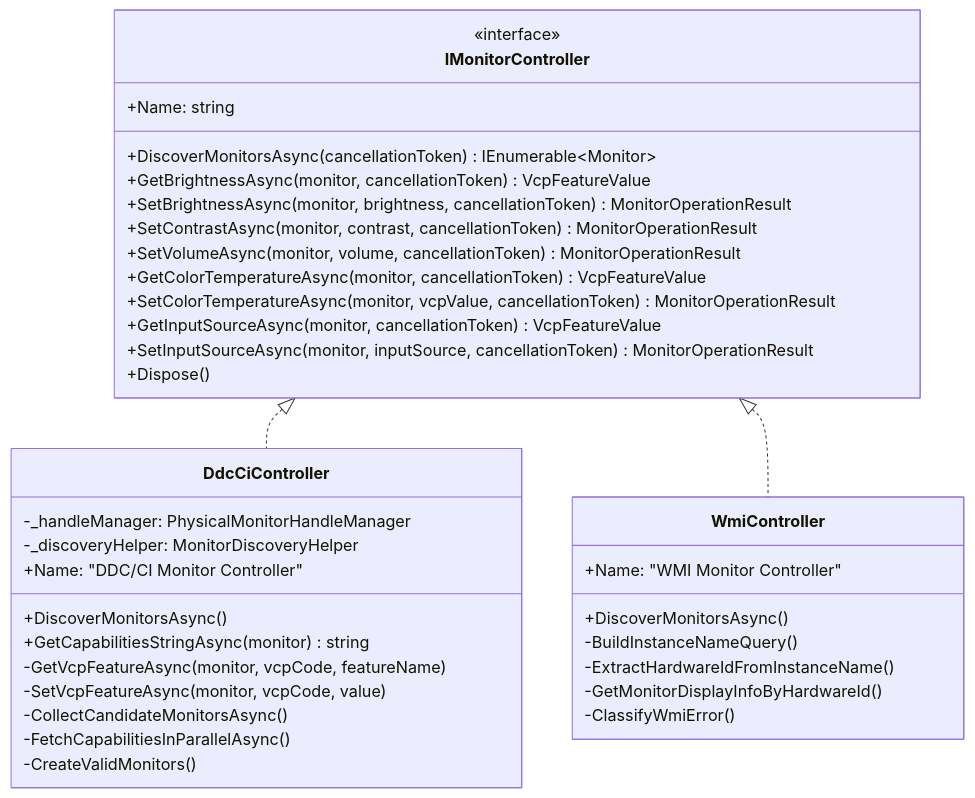
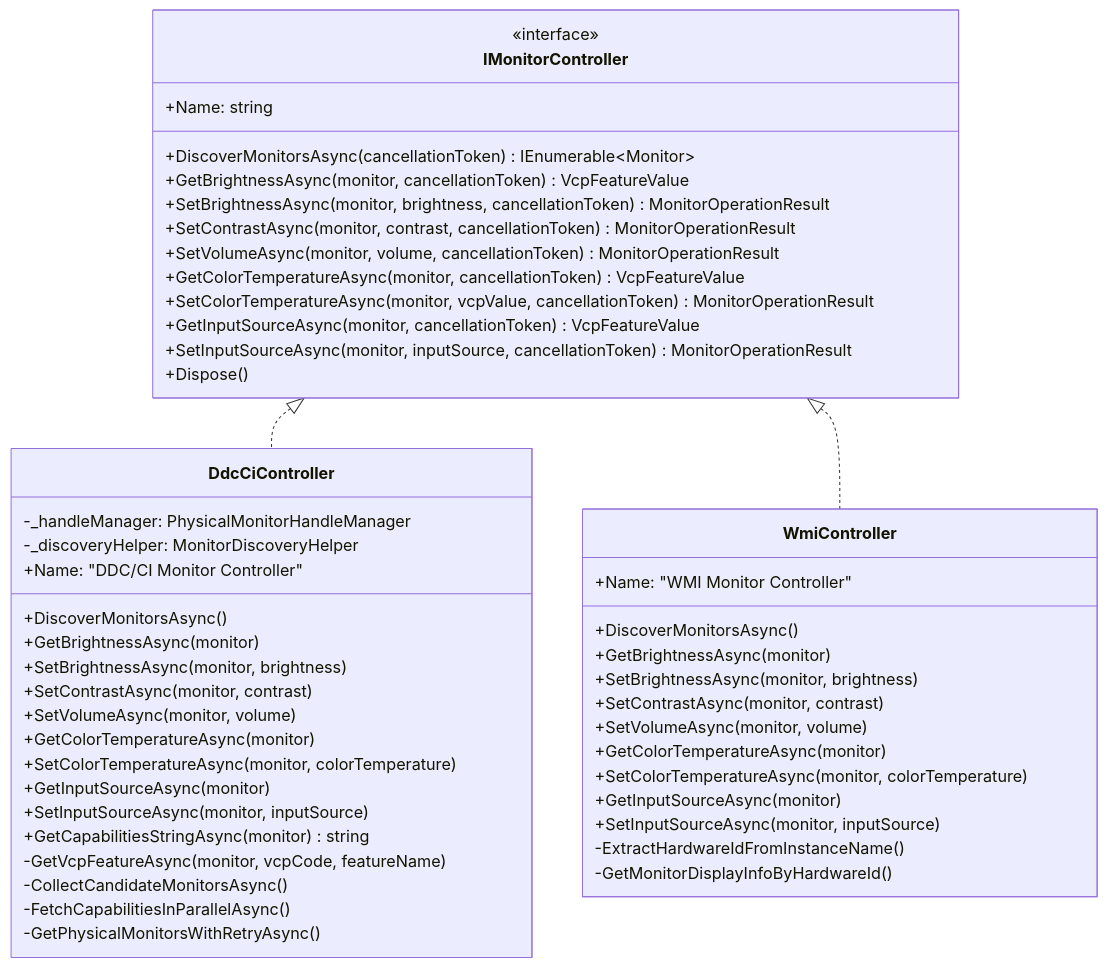
Before and after one commit to microsoft/PowerToys: the fourth of 17 diagrams in doc/devdocs/modules/powerdisplay/design.md, drawn with Mermaid. The commit also changed other lines of this file, not shown here.

First line of the commit message:
Refactor PowerDisplay design: VCP, windowing, class updates

````diff
--- a/doc/devdocs/modules/powerdisplay/design.md
+++ b/doc/devdocs/modules/powerdisplay/design.md
@@ -472,42 +470,55 @@
 ```mermaid
 classDiagram
     class IMonitorController {
         <<interface>>
         +Name: string
         +DiscoverMonitorsAsync(cancellationToken) IEnumerable~Monitor~
         +GetBrightnessAsync(monitor, cancellationToken) VcpFeatureValue
         +SetBrightnessAsync(monitor, brightness, cancellationToken) MonitorOperationResult
         +SetContrastAsync(monitor, contrast, cancellationToken) MonitorOperationResult
         +SetVolumeAsync(monitor, volume, cancellationToken) MonitorOperationResult
         +GetColorTemperatureAsync(monitor, cancellationToken) VcpFeatureValue
         +SetColorTemperatureAsync(monitor, vcpValue, cancellationToken) MonitorOperationResult
         +GetInputSourceAsync(monitor, cancellationToken) VcpFeatureValue
         +SetInputSourceAsync(monitor, inputSource, cancellationToken) MonitorOperationResult
         +Dispose()
     }
 
     class DdcCiController {
         -_handleManager: PhysicalMonitorHandleManager
         -_discoveryHelper: MonitorDiscoveryHelper
         +Name: "DDC/CI Monitor Controller"
         +DiscoverMonitorsAsync()
+        +GetBrightnessAsync(monitor)
+        +SetBrightnessAsync(monitor, brightness)
+        +SetContrastAsync(monitor, contrast)
+        +SetVolumeAsync(monitor, volume)
+        +GetColorTemperatureAsync(monitor)
+        +SetColorTemperatureAsync(monitor, colorTemperature)
+        +GetInputSourceAsync(monitor)
+        +SetInputSourceAsync(monitor, inputSource)
         +GetCapabilitiesStringAsync(monitor) string
         -GetVcpFeatureAsync(monitor, vcpCode, featureName)
-        -SetVcpFeatureAsync(monitor, vcpCode, value)
         -CollectCandidateMonitorsAsync()
         -FetchCapabilitiesInParallelAsync()
-        -CreateValidMonitors()
+        -GetPhysicalMonitorsWithRetryAsync()
     }
 
     class WmiController {
         +Name: "WMI Monitor Controller"
         +DiscoverMonitorsAsync()
-        -BuildInstanceNameQuery()
+        +GetBrightnessAsync(monitor)
+        +SetBrightnessAsync(monitor, brightness)
+        +SetContrastAsync(monitor, contrast)
+        +SetVolumeAsync(monitor, volume)
+        +GetColorTemperatureAsync(monitor)
+        +SetColorTemperatureAsync(monitor, colorTemperature)
+        +GetInputSourceAsync(monitor)
+        +SetInputSourceAsync(monitor, inputSource)
         -ExtractHardwareIdFromInstanceName()
         -GetMonitorDisplayInfoByHardwareId()
-        -ClassifyWmiError()
     }
 
     IMonitorController <|.. DdcCiController
     IMonitorController <|.. WmiController
 ```
````
